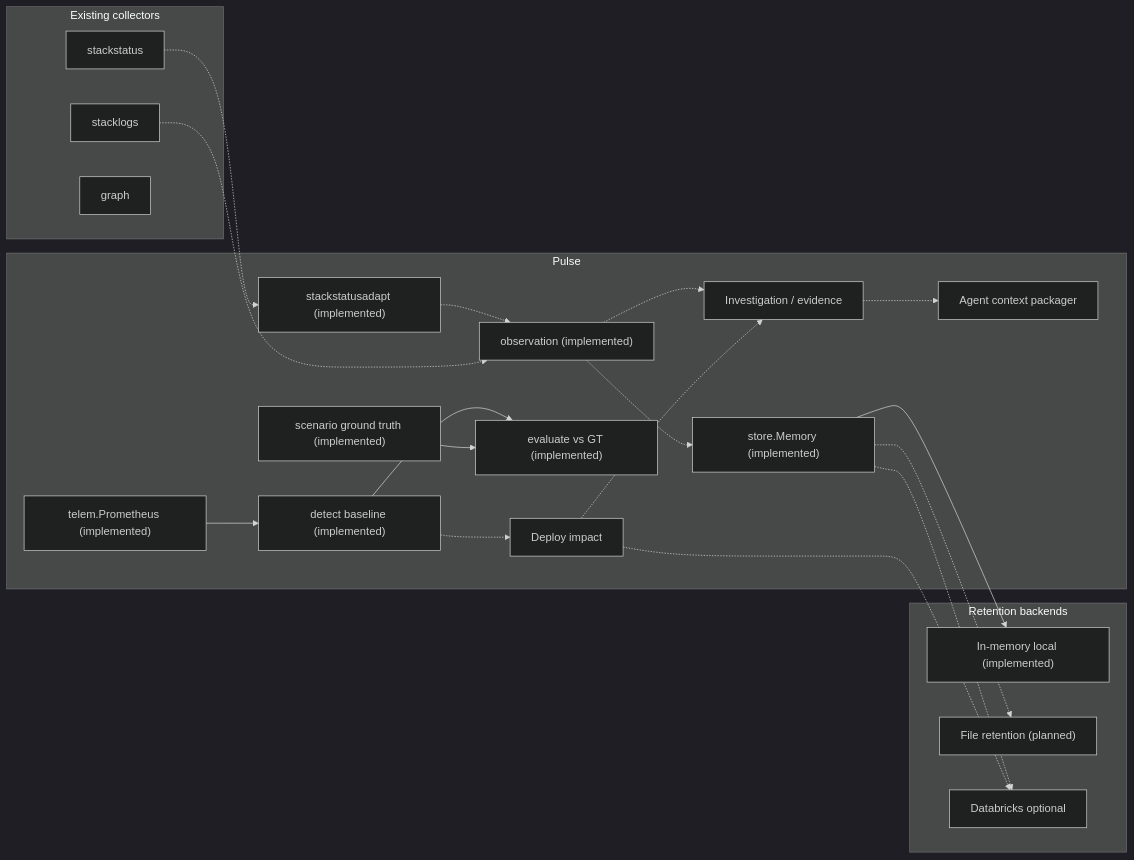
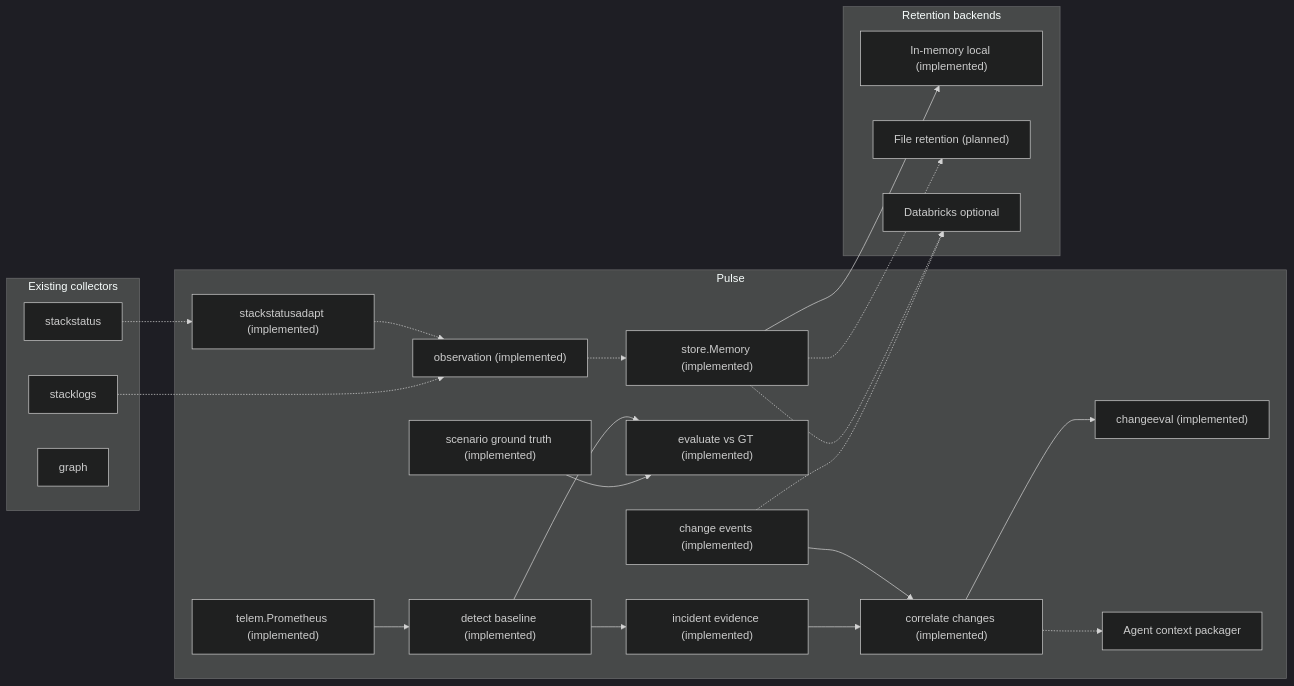
The second of 2 diagrams in docs/ARCHITECTURE.md (sharathb5/perch-pulse), drawn with Mermaid (dark theme) before and after one commit. The commit also changed other lines of this file and 32 other files, not shown here.

````diff
--- a/docs/ARCHITECTURE.md
+++ b/docs/ARCHITECTURE.md
@@ -104,41 +109,44 @@
 ```mermaid
 flowchart LR
   subgraph existing["Existing collectors"]
     SS["stackstatus"]
     SL["stacklogs"]
     G["graph"]
   end
 
   subgraph pulse["Pulse"]
     OBS["observation (implemented)"]
     ADAPT["stackstatusadapt (implemented)"]
     HIST["store.Memory (implemented)"]
     GT["scenario ground truth (implemented)"]
     TELEM["telem.Prometheus (implemented)"]
     DET["detect baseline (implemented)"]
     EVAL["evaluate vs GT (implemented)"]
-    INV["Investigation / evidence"]
-    DEP["Deploy impact"]
+    CHG["change events (implemented)"]
+    INC["incident evidence (implemented)"]
+    COR["correlate changes (implemented)"]
+    CHEVAL["changeeval (implemented)"]
     AGENT["Agent context packager"]
   end
 
   subgraph backends["Retention backends"]
     MEM["In-memory local (implemented)"]
     FILE["File retention (planned)"]
     DBX["Databricks optional"]
   end
 
   SS -.-> ADAPT -.-> OBS -.-> HIST
   SL -.-> OBS
   HIST --> MEM
   HIST -.-> FILE
   HIST -.-> DBX
   TELEM --> DET
   DET --> EVAL
   GT --> EVAL
-  OBS -.-> INV
-  DET -.-> DEP
-  DEP -.-> INV
-  INV -.-> AGENT
-  DEP -.-> DBX
+  DET --> INC
+  CHG --> COR
+  INC --> COR
+  COR --> CHEVAL
+  COR -.-> AGENT
+  CHG -.-> DBX
 ```
````
